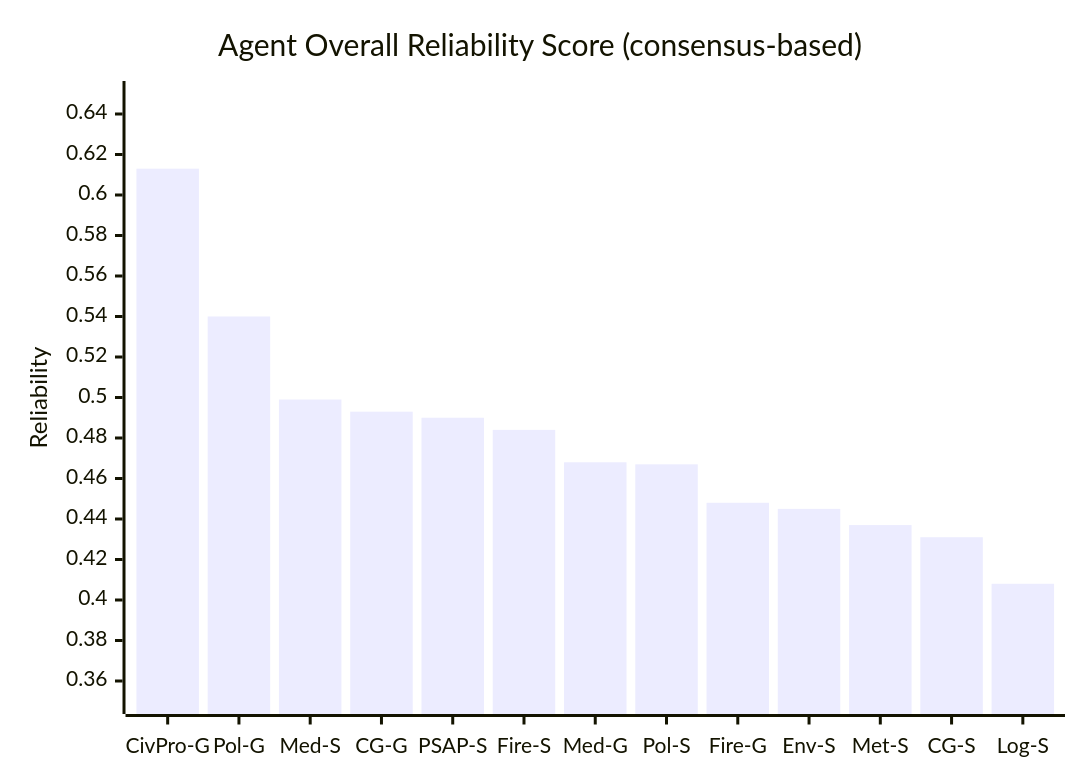
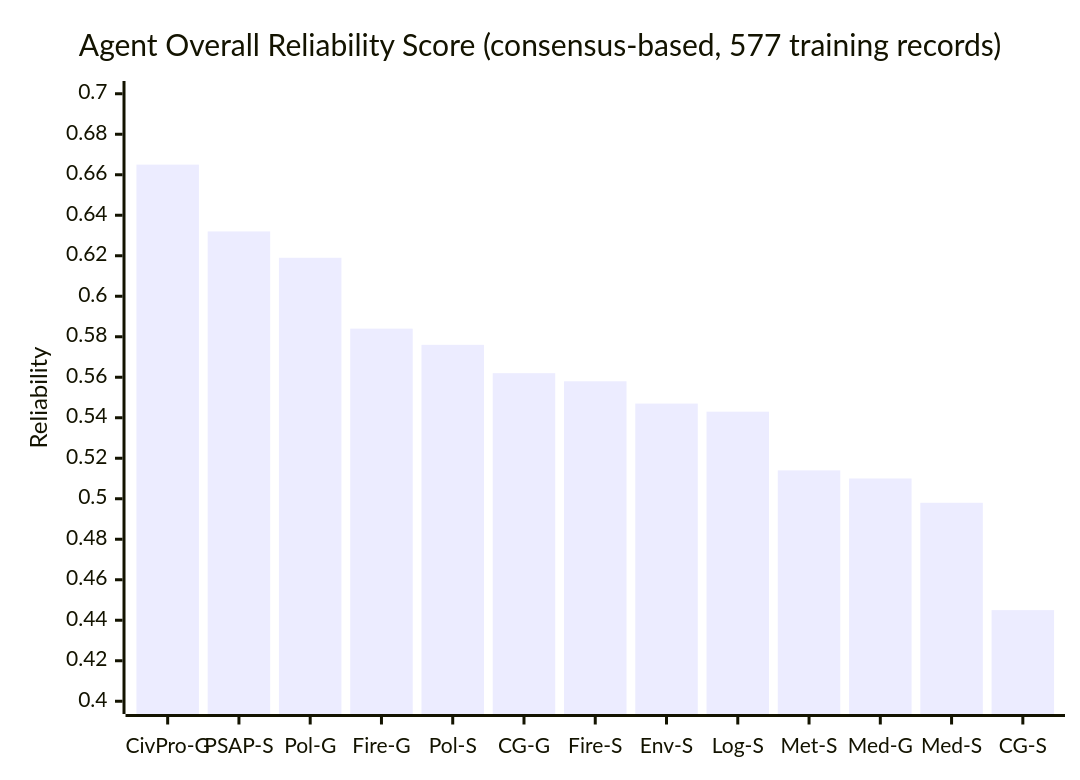
The fourth of 6 diagrams in docs/RESULTS.md (kerbgr/crisis_mas_poc), drawn with Mermaid before and after one commit. The commit also changed other lines of this file and 3 other files, not shown here.

````diff
--- a/docs/RESULTS.md
+++ b/docs/RESULTS.md
@@ -186,7 +176,7 @@
 ```mermaid
 xychart-beta
-    title "Agent Overall Reliability Score (consensus-based)"
-    x-axis ["CivPro-G", "Pol-G", "Med-S", "CG-G", "PSAP-S", "Fire-S", "Med-G", "Pol-S", "Fire-G", "Env-S", "Met-S", "CG-S", "Log-S"]
-    y-axis "Reliability" 0.35 --> 0.65
-    bar [0.613, 0.540, 0.499, 0.493, 0.490, 0.484, 0.468, 0.467, 0.448, 0.445, 0.437, 0.431, 0.408]
+    title "Agent Overall Reliability Score (consensus-based, 577 training records)"
+    x-axis ["CivPro-G", "PSAP-S", "Pol-G", "Fire-G", "Pol-S", "CG-G", "Fire-S", "Env-S", "Log-S", "Met-S", "Med-G", "Med-S", "CG-S"]
+    y-axis "Reliability" 0.40 --> 0.70
+    bar [0.665, 0.632, 0.619, 0.584, 0.576, 0.562, 0.558, 0.547, 0.543, 0.514, 0.510, 0.498, 0.445]
 ```
````
